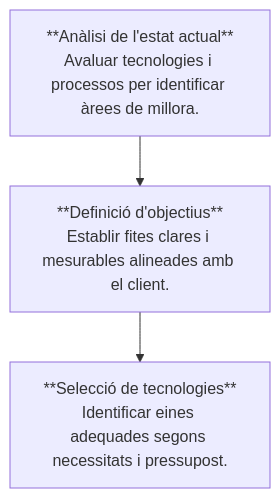
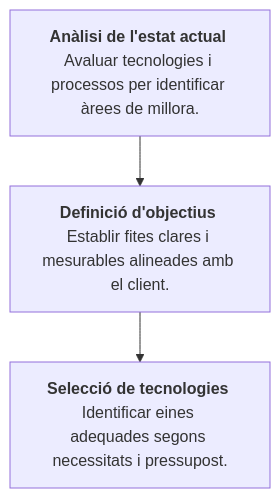
The diagram in README.md (SMX2n/Projecte8_Enunciat), drawn with Mermaid before and after one commit.

Commit message:
Millora el format del diagrama de mermaid per a una presentació més clara de les etapes del pla de transformació digital.

````diff
--- a/README.md
+++ b/README.md
@@ -25,7 +25,7 @@
 ```mermaid
 
 graph TD
-    A["**Anàlisi de l'estat actual**<br/>Avaluar tecnologies i processos per identificar àrees de millora."] 
-    --> B["**Definició d'objectius**<br/>Establir fites clares i mesurables alineades amb el client."]
-    --> C["**Selecció de tecnologies**<br/>Identificar eines adequades segons necessitats i pressupost."]
+    A["<b>Anàlisi de l'estat actual</b> <br/>Avaluar tecnologies i processos per identificar àrees de millora."] 
+    --> B["<b>Definició d'objectius</b> <br/>Establir fites clares i mesurables alineades amb el client."]
+    --> C["<b>Selecció de tecnologies</b> <br/>Identificar eines adequades segons necessitats i pressupost."]
 ```
````
